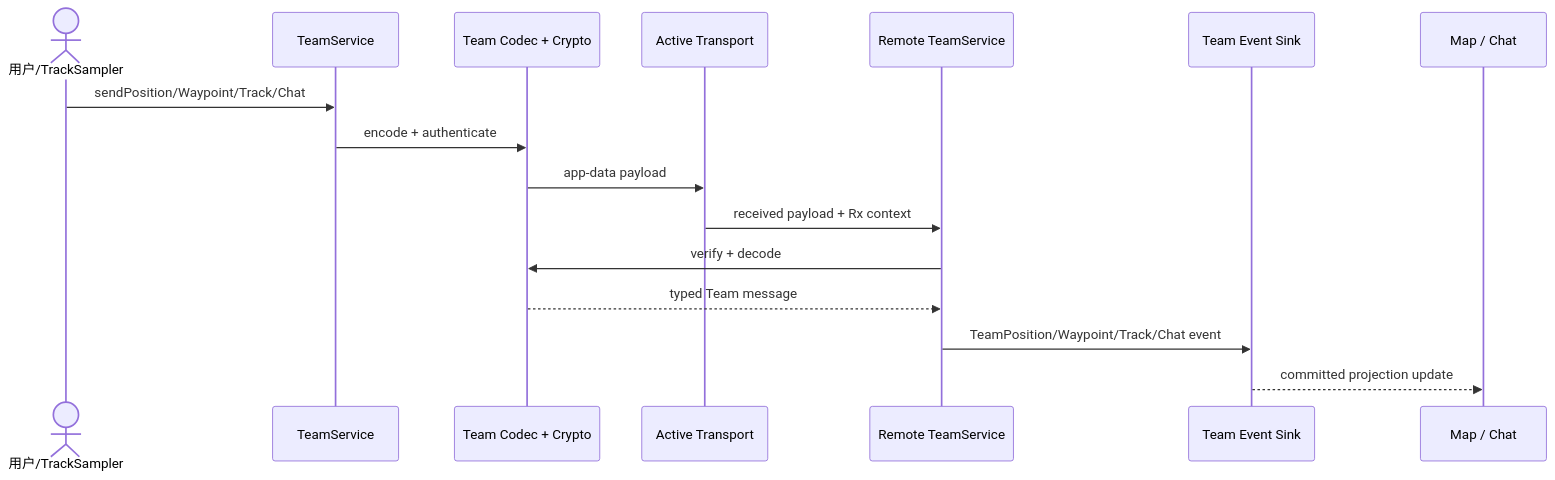
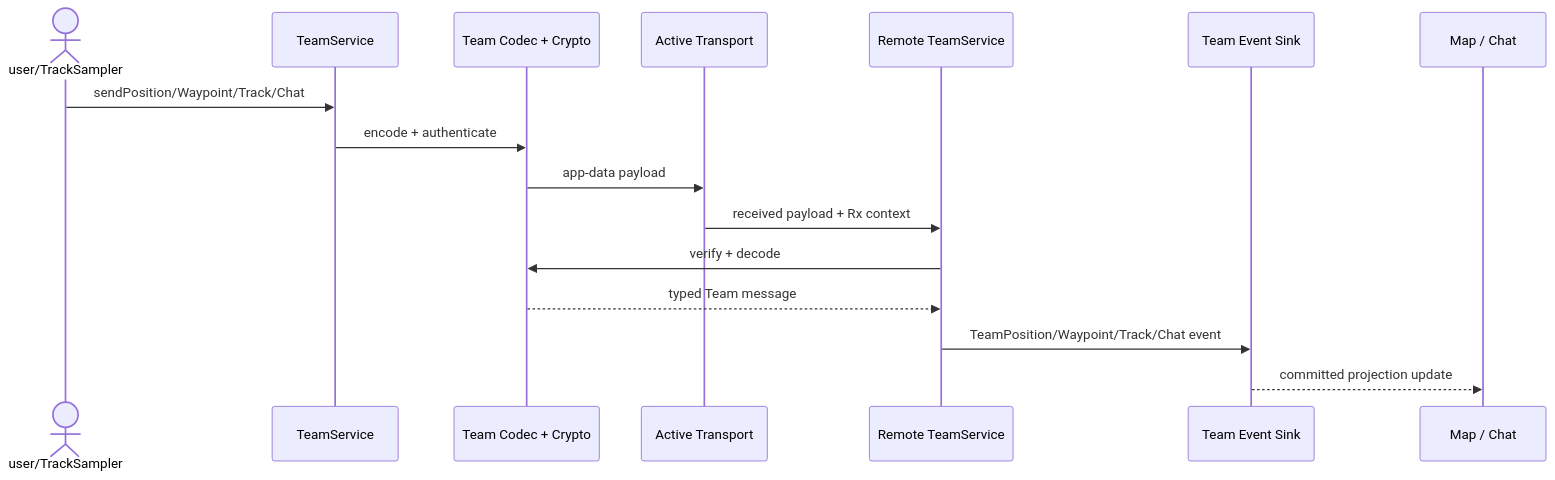
The diagram in docs/design/use-case-diagrams/share-team-situation/sequences/sequence-share-team-situation.md (manmuqingshan/trail-mate), drawn with Mermaid before and after one commit. The commit also changed other lines of this file and 527 other files, not shown here.

````diff
--- a/docs/design/use-case-diagrams/share-team-situation/sequences/sequence-share-team-situation.md
+++ b/docs/design/use-case-diagrams/share-team-situation/sequences/sequence-share-team-situation.md
@@ -2,18 +2,18 @@
 ```mermaid
 sequenceDiagram
-  actor U as 用户/TrackSampler
+ actor U as user/TrackSampler
   participant Team as TeamService
   participant Codec as Team Codec + Crypto
   participant Mesh as Active Transport
   participant Remote as Remote TeamService
   participant Bus as Team Event Sink
   participant UI as Map / Chat
   U->>Team: sendPosition/Waypoint/Track/Chat
   Team->>Codec: encode + authenticate
   Codec->>Mesh: app-data payload
   Mesh->>Remote: received payload + Rx context
   Remote->>Codec: verify + decode
   Codec-->>Remote: typed Team message
   Remote->>Bus: TeamPosition/Waypoint/Track/Chat event
   Bus-->>UI: committed projection update
 ```
````
